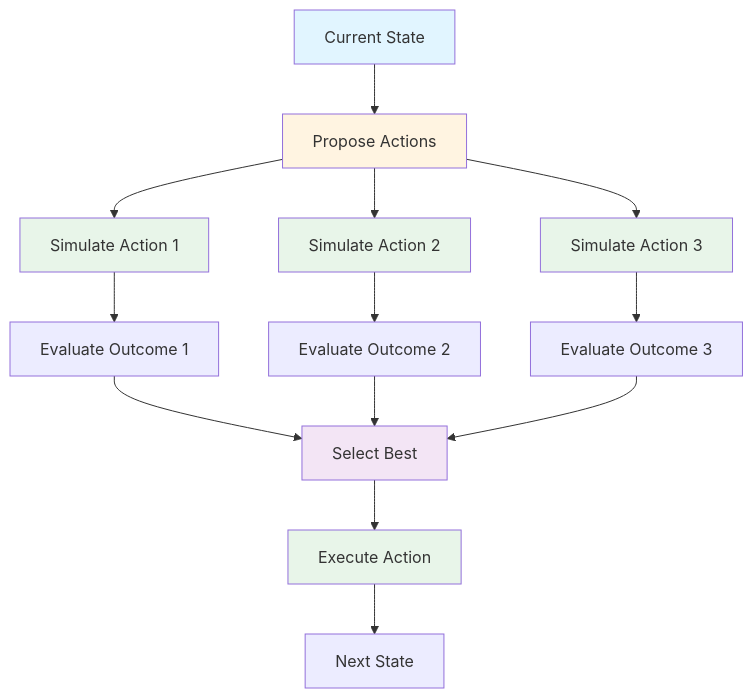
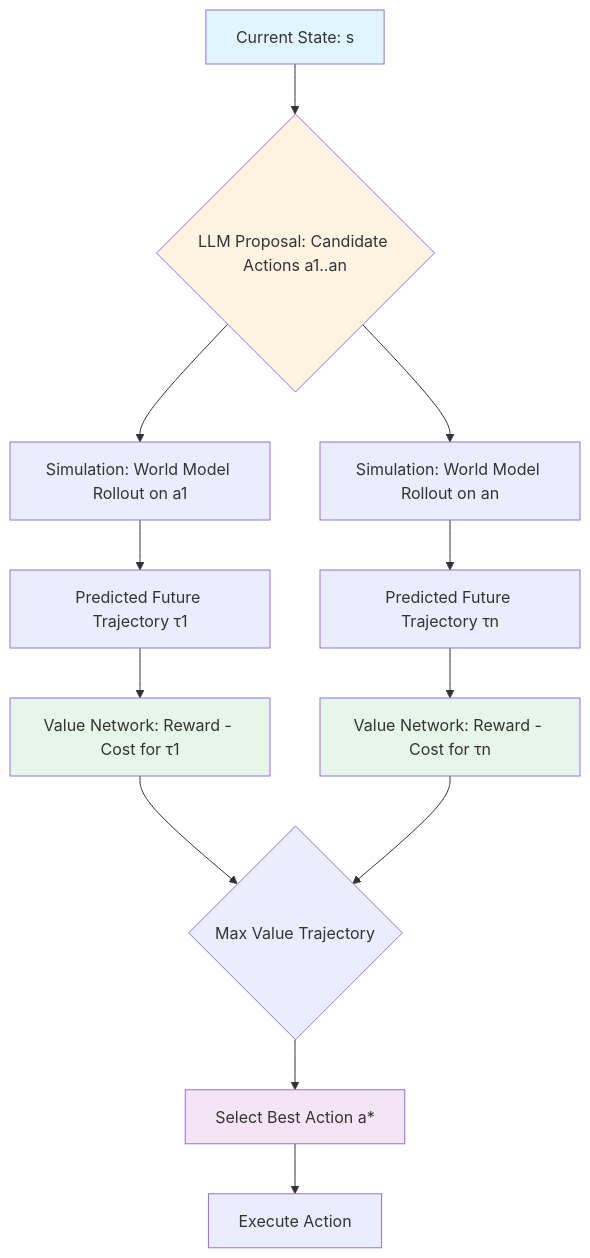
Before and after one commit to gopikrishtummala/gopikrishtummala.github.io: the third of 3 diagrams in src/data/blog/agentic-ai-design-patterns-part-3.md, drawn with Mermaid. The commit also changed other lines of this file and 4 other files, not shown here.

````diff
--- a/src/data/blog/agentic-ai-design-patterns-part-3.md
+++ b/src/data/blog/agentic-ai-design-patterns-part-3.md
@@ -507,23 +517,19 @@
 ```mermaid
 flowchart TD
-    State[Current State] --> Propose[Propose Actions]
-    Propose --> Sim1[Simulate Action 1]
-    Propose --> Sim2[Simulate Action 2]
-    Propose --> Sim3[Simulate Action 3]
-    Sim1 --> Eval1[Evaluate Outcome 1]
-    Sim2 --> Eval2[Evaluate Outcome 2]
-    Sim3 --> Eval3[Evaluate Outcome 3]
-    Eval1 --> Select[Select Best]
-    Eval2 --> Select
-    Eval3 --> Select
-    Select --> Execute[Execute Action]
-    Execute --> NextState[Next State]
+    A["Current State: s"] --> B{"LLM Proposal: Candidate Actions a1..an"}
+    B --> C1["Simulation: World Model Rollout on a1"]
+    B --> C2["Simulation: World Model Rollout on an"]
+    C1 --> D1["Predicted Future Trajectory τ1"]
+    C2 --> D2["Predicted Future Trajectory τn"]
+    D1 --> E1["Value Network: Reward - Cost for τ1"]
+    D2 --> E2["Value Network: Reward - Cost for τn"]
+    E1 & E2 --> F{"Max Value Trajectory"}
+    F --> G["Select Best Action a*"]
+    G --> H["Execute Action"]
     
-    style State fill:#e1f5ff
-    style Propose fill:#fff4e1
-    style Sim1 fill:#e8f5e9
-    style Sim2 fill:#e8f5e9
-    style Sim3 fill:#e8f5e9
-    style Select fill:#f3e5f5
-    style Execute fill:#e8f5e9
+    style A fill:#e1f5ff
+    style B fill:#fff4e1
+    style E1 fill:#e8f5e9
+    style E2 fill:#e8f5e9
+    style G fill:#f3e5f5
 ```
````
